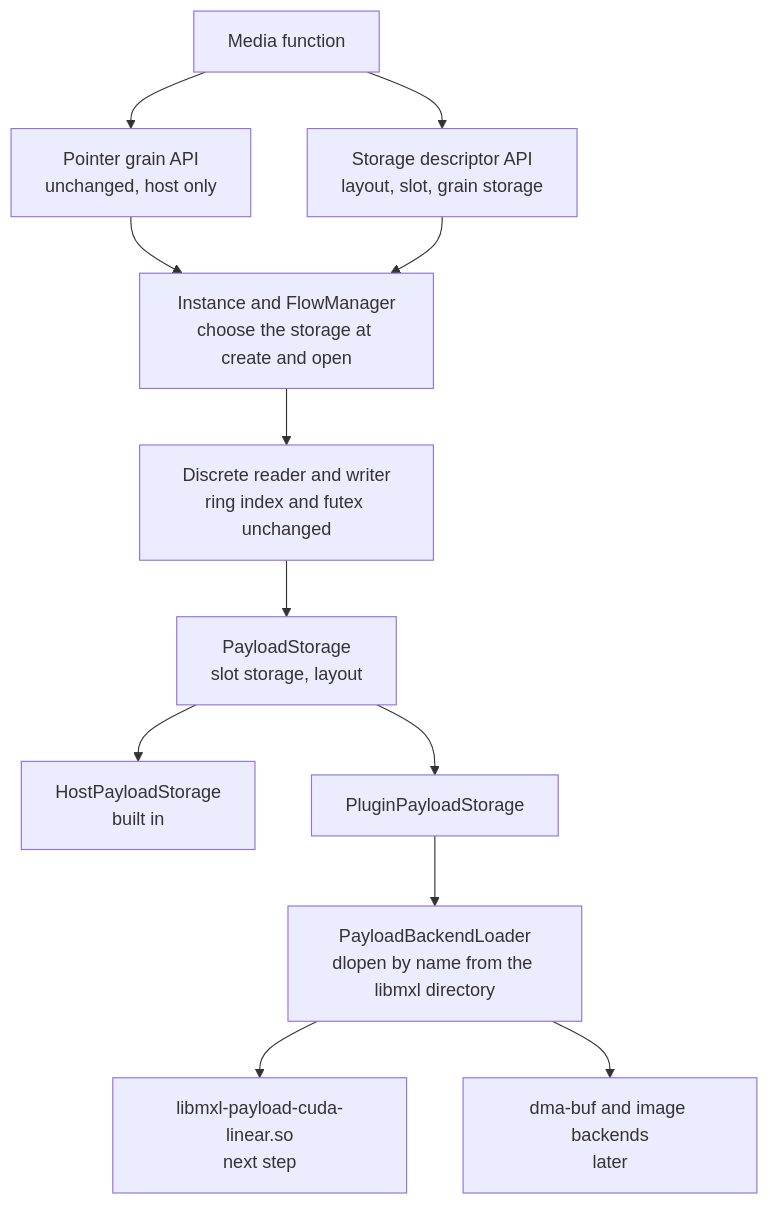
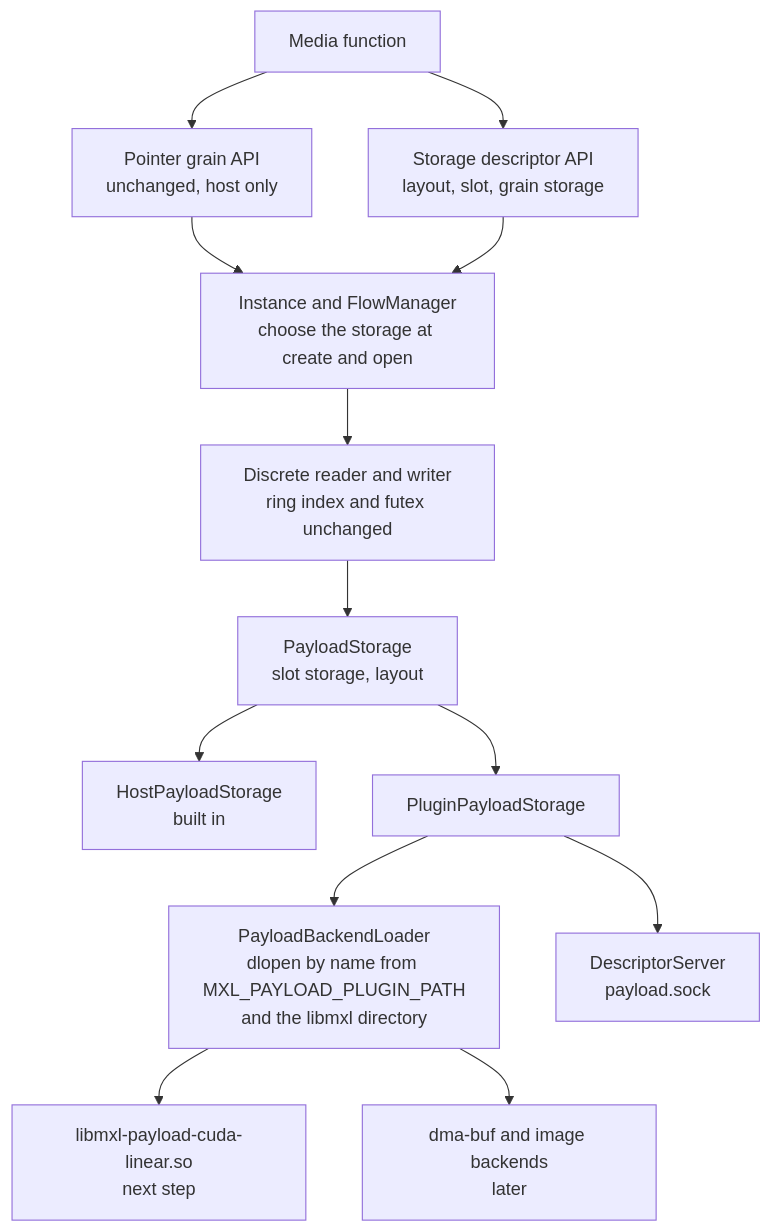
Before and after one commit to bisect-pt/mxl: the diagram in docs/PayloadStorage.md, drawn with Mermaid. The commit also changed other lines of this file and 2 other files, not shown here.

First line of the commit message:
Document the descriptor channel

````diff
--- a/docs/PayloadStorage.md
+++ b/docs/PayloadStorage.md
@@ -242,25 +287,27 @@
 ```mermaid
 flowchart TB
     app["Media function"]
     ptr["Pointer grain API<br/>unchanged, host only"]
     desc["Storage descriptor API<br/>layout, slot, grain storage"]
     mgr["Instance and FlowManager<br/>choose the storage at create and open"]
     rw["Discrete reader and writer<br/>ring index and futex unchanged"]
     ps["PayloadStorage<br/>slot storage, layout"]
     host["HostPayloadStorage<br/>built in"]
     plugin["PluginPayloadStorage"]
-    loader["PayloadBackendLoader<br/>dlopen by name from the libmxl directory"]
+    loader["PayloadBackendLoader<br/>dlopen by name from MXL_PAYLOAD_PLUGIN_PATH<br/>and the libmxl directory"]
+    channel["DescriptorServer<br/>payload.sock"]
     cuda["libmxl-payload-cuda-linear.so<br/>next step"]
     dmabuf["dma-buf and image backends<br/>later"]
     app --> ptr
     app --> desc
     ptr --> mgr
     desc --> mgr
     mgr --> rw
     rw --> ps
     ps --> host
     ps --> plugin
     plugin --> loader
+    plugin --> channel
     loader --> cuda
     loader --> dmabuf
 ```
````
